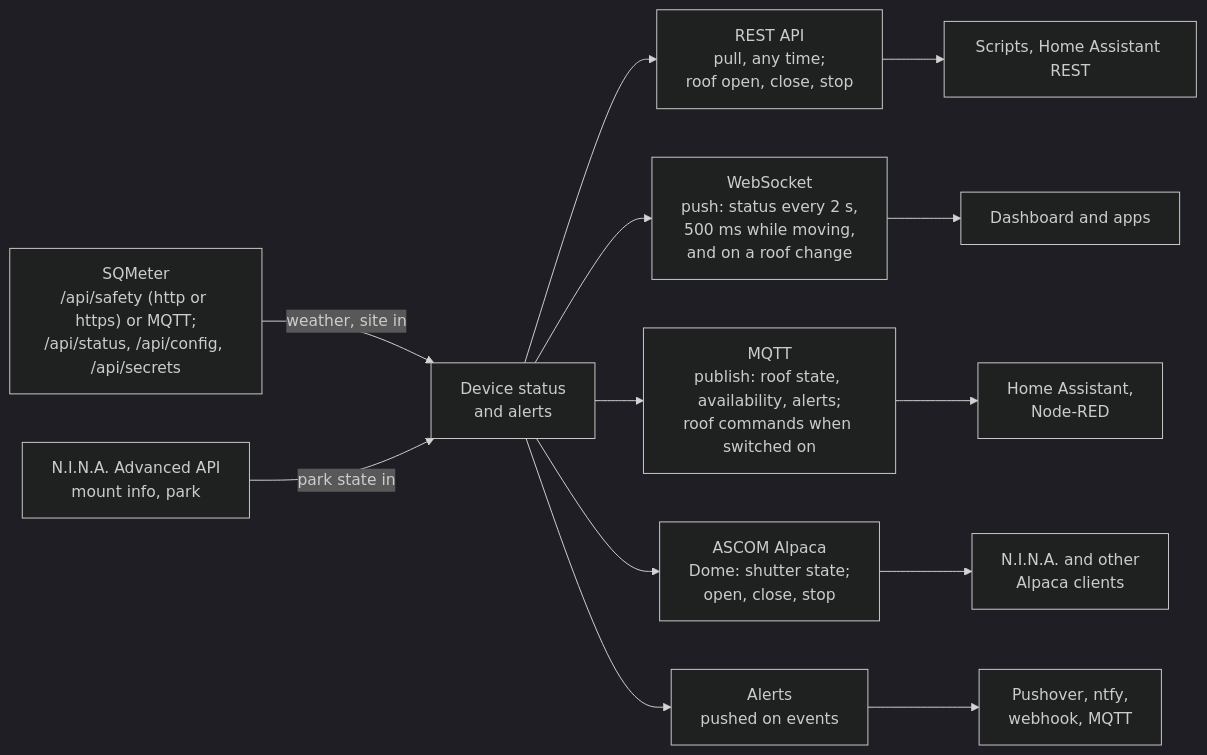
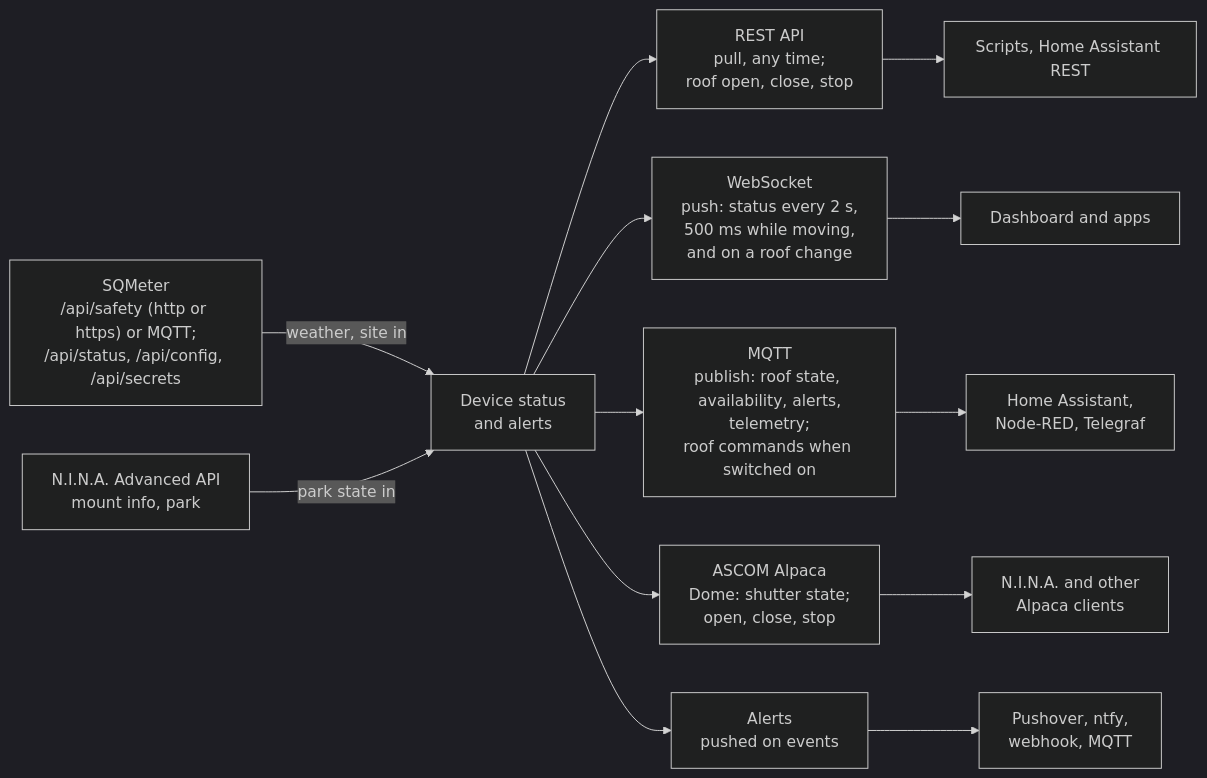
The diagram in docs/api/integrations.md (DeanJ87/RoofRoof), drawn with Mermaid (dark theme) before and after one commit. The commit also changed other lines of this file and 2 other files, not shown here.

Commit message:
Spec 046: record the UI size; DIA-01 and DIA-15 name telemetry

````diff
--- a/docs/api/integrations.md
+++ b/docs/api/integrations.md
@@ -18,18 +18,18 @@
 ```mermaid
 flowchart LR
     accTitle: Integration paths
-    accDescr: The device status feeds four paths. REST is pulled by scripts and can command the roof; WebSocket pushes the status live to the dashboard and apps; MQTT publishes the roof's state, availability and alerts to a broker for Home Assistant and, when switched on, takes its open, close and stop commands; Alpaca serves the roof as a Dome that N.I.N.A. and other clients can open, close and stop; alerts are pushed to phones and services. Inbound, the device reads SQMeter's weather verdict, its location, its shared settings and, when SQMeter shares them, its secrets (copied or kept in step), and N.I.N.A.'s mount state.
+    accDescr: The device status feeds four paths. REST is pulled by scripts and can command the roof; WebSocket pushes the status live to the dashboard and apps; MQTT publishes the roof's state, availability, alerts and telemetry to a broker for Home Assistant, InfluxDB and, when switched on, takes its open, close and stop commands; Alpaca serves the roof as a Dome that N.I.N.A. and other clients can open, close and stop; alerts are pushed to phones and services. Inbound, the device reads SQMeter's weather verdict, its location, its shared settings and, when SQMeter shares them, its secrets (copied or kept in step), and N.I.N.A.'s mount state.
     DATA["Device status<br/>and alerts"]
     DATA --> REST["REST API<br/>pull, any time;<br/>roof open, close, stop"]
     DATA --> WS["WebSocket<br/>push: status every 2 s,<br/>500 ms while moving,<br/>and on a roof change"]
-    DATA --> MQTT["MQTT<br/>publish: roof state, availability, alerts;<br/>roof commands when switched on"]
+    DATA --> MQTT["MQTT<br/>publish: roof state, availability, alerts,<br/>telemetry;<br/>roof commands when switched on"]
     DATA --> ALPACA["ASCOM Alpaca<br/>Dome: shutter state;<br/>open, close, stop"]
     DATA --> ALERTS["Alerts<br/>pushed on events"]
     REST --> SCRIPTS["Scripts, Home Assistant REST"]
     WS --> UI["Dashboard and apps"]
-    MQTT --> HA["Home Assistant,<br/>Node-RED"]
+    MQTT --> HA["Home Assistant,<br/>Node-RED, Telegraf"]
     ALPACA --> NINA["N.I.N.A. and other<br/>Alpaca clients"]
     ALERTS --> PHONES["Pushover, ntfy,<br/>webhook, MQTT"]
     SQM["SQMeter<br/>/api/safety (http or https) or MQTT;<br/>/api/status, /api/config, /api/secrets"] -->|weather, site in| DATA
     NAPI["N.I.N.A. Advanced API<br/>mount info, park"] -->|park state in| DATA
 ```
````
